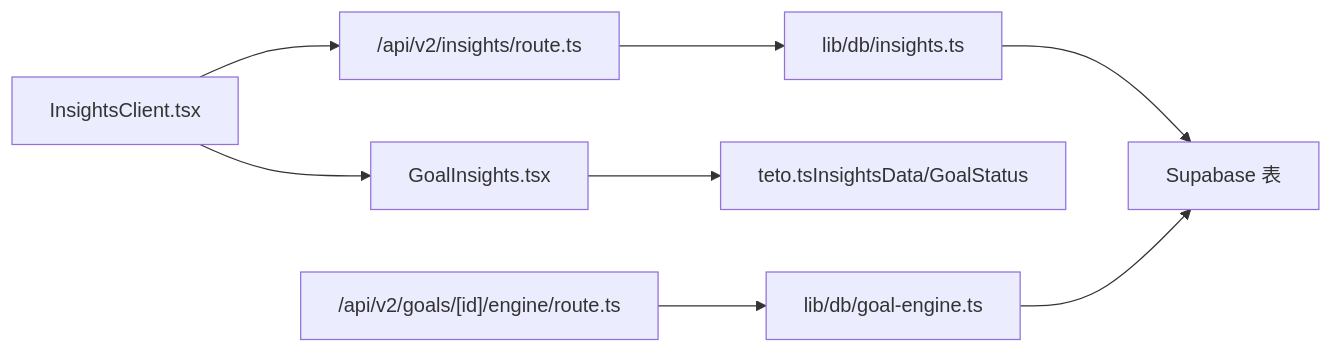
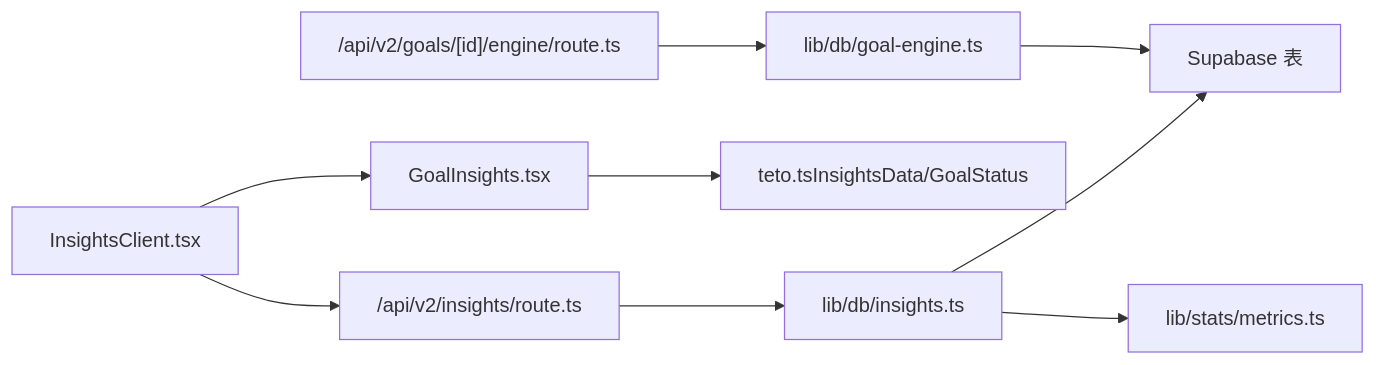
Before and after one commit to bbong1234/TETO: the ninth of 9 diagrams in .qoder/repowiki/zh/content/核心功能模块/洞察分析系统/目标洞察分析.md, drawn with Mermaid. The commit also changed other lines of this file and 352 other files, not shown here.

````diff
--- a/.qoder/repowiki/zh/content/核心功能模块/洞察分析系统/目标洞察分析.md
+++ b/.qoder/repowiki/zh/content/核心功能模块/洞察分析系统/目标洞察分析.md
@@ -287,10 +355,11 @@
 ```mermaid
 graph LR
 IC["InsightsClient.tsx"] --> GI["GoalInsights.tsx"]
 IC --> API["/api/v2/insights/route.ts"]
 API --> INS["lib/db/insights.ts"]
 GI --> TYPES["teto.tsInsightsData/GoalStatus"]
 INS --> DB["Supabase 表"]
+INS --> MET["lib/stats/metrics.ts"]
 GE["lib/db/goal-engine.ts"] --> DB
 APG["/api/v2/goals/[id]/engine/route.ts"] --> GE
 ```
````
